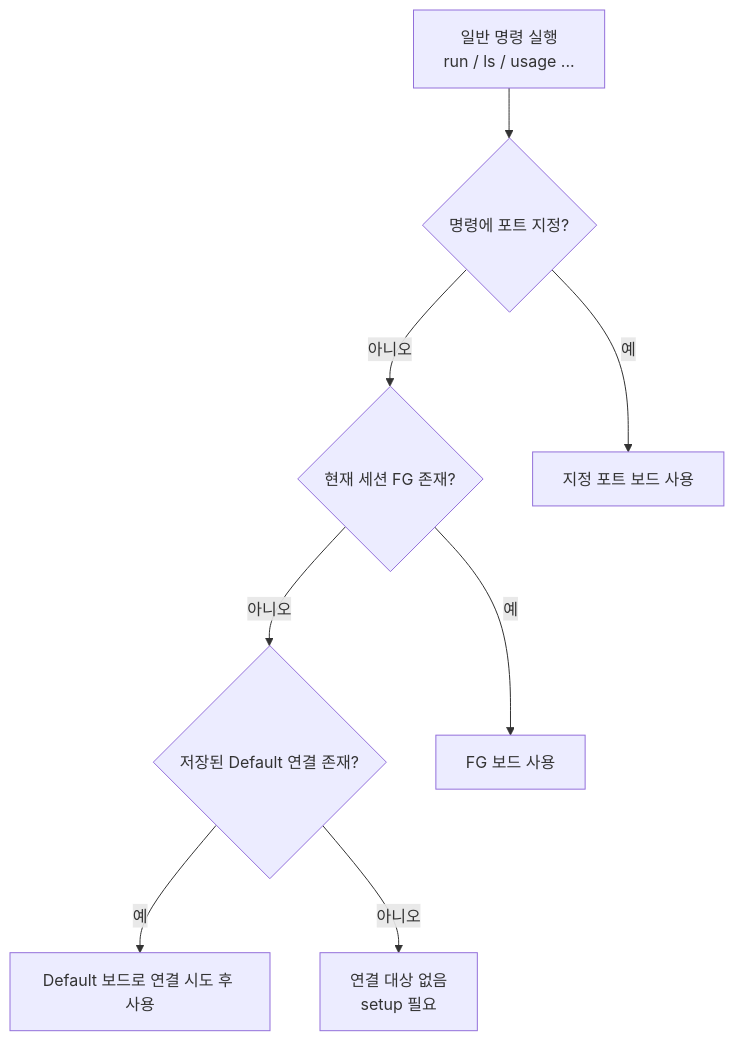
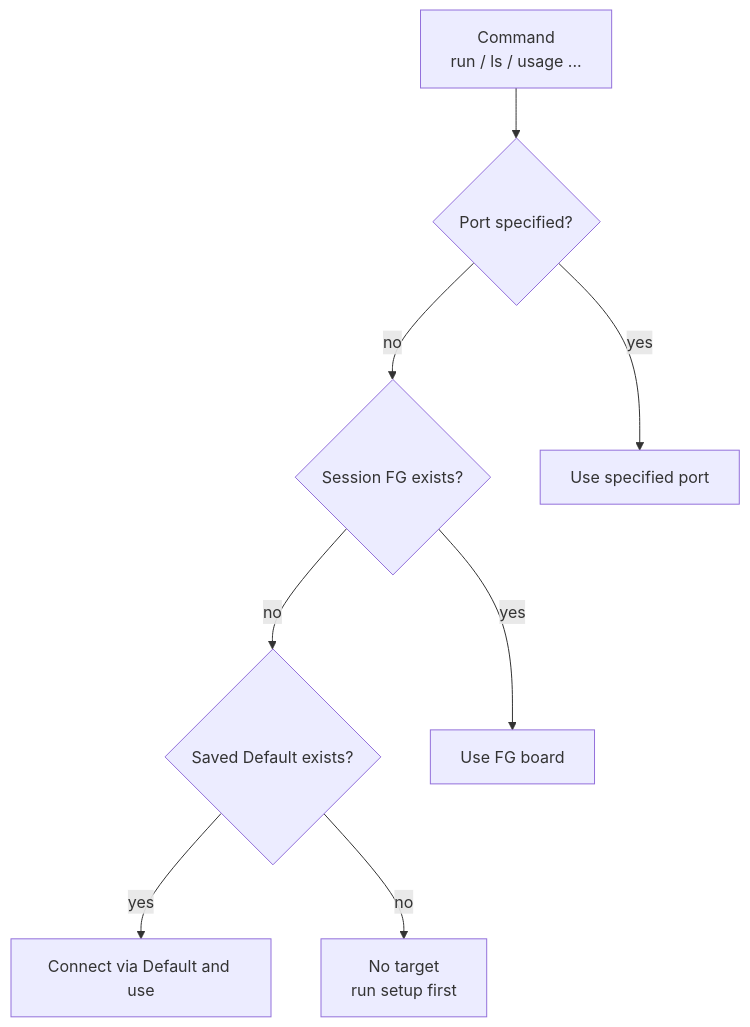
One commit to PlanXLab/replx changed the fourth of 4 diagrams in README.md. Above: the diagram before and after it, drawn with Mermaid. The commit also changed other lines of this file and 13 other files, not shown here.

````diff
--- a/README.md
+++ b/README.md
@@ -90,19 +90,19 @@
 ```mermaid
 flowchart TB
-  CMD[일반 명령 실행<br/>run / ls / usage ...]
-  HASPORT{명령에 포트 지정?}
-  HASFG{현재 세션 FG 존재?}
-  HASDEF{저장된 Default 연결 존재?}
-  USEPORT[지정 포트 보드 사용]
-  USEFG[FG 보드 사용]
-  USEDEF[Default 보드로 연결 시도 후 사용]
-  ERR[연결 대상 없음<br/>setup 필요]
+  CMD[Command<br/>run / ls / usage ...]
+  HASPORT{Port specified?}
+  HASFG{Session FG exists?}
+  HASDEF{Saved Default exists?}
+  USEPORT[Use specified port]
+  USEFG[Use FG board]
+  USEDEF[Connect via Default and use]
+  ERR[No target<br/>run setup first]
 
   CMD --> HASPORT
-  HASPORT -- 예 --> USEPORT
-  HASPORT -- 아니오 --> HASFG
-  HASFG -- 예 --> USEFG
-  HASFG -- 아니오 --> HASDEF
-  HASDEF -- 예 --> USEDEF
-  HASDEF -- 아니오 --> ERR
+  HASPORT -- yes --> USEPORT
+  HASPORT -- no --> HASFG
+  HASFG -- yes --> USEFG
+  HASFG -- no --> HASDEF
+  HASDEF -- yes --> USEDEF
+  HASDEF -- no --> ERR
 ```
````
